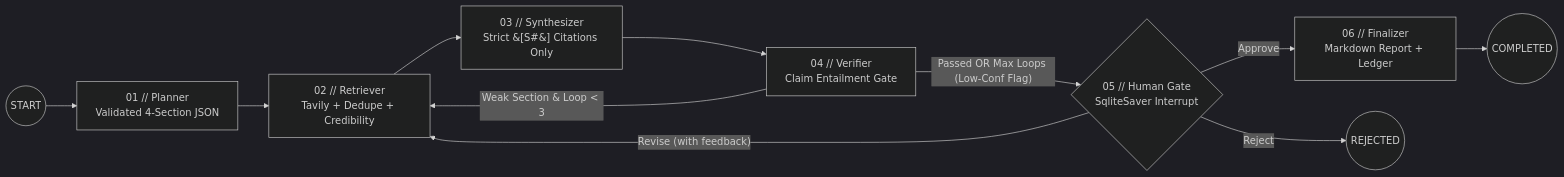
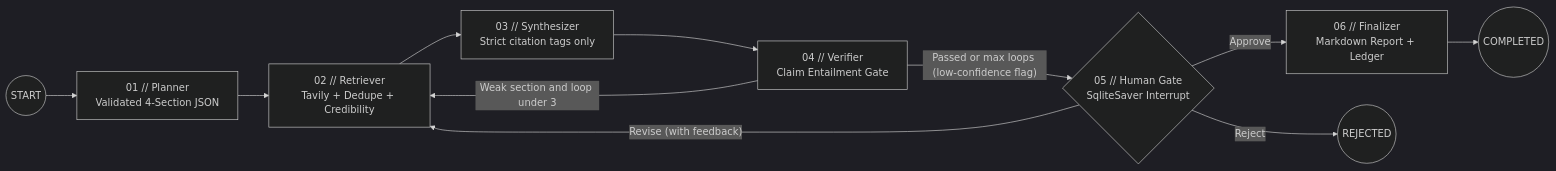
The diagram in README.md (xrcxs/nexus-agentis), drawn with Mermaid (dark theme) before and after one commit.

Commit message:
Update architecture diagram in README.md

````diff
--- a/README.md
+++ b/README.md
@@ -9,13 +9,13 @@
 ```mermaid
 flowchart LR
-    START((START)) --> P[01 // Planner<br/>Validated 4-Section JSON]
-    P --> R[02 // Retriever<br/>Tavily + Dedupe + Credibility]
-    R --> S[03 // Synthesizer<br/>Strict &#91;S#&#93; Citations Only]
-    S --> V[04 // Verifier<br/>Claim Entailment Gate]
-    V -- "Weak Section & Loop < 3" --> R
-    V -- "Passed OR Max Loops (Low-Conf Flag)" --> H{05 // Human Gate<br/>SqliteSaver Interrupt}
+    START((START)) --> P["01 // Planner<br/>Validated 4-Section JSON"]
+    P --> R["02 // Retriever<br/>Tavily + Dedupe + Credibility"]
+    R --> S["03 // Synthesizer<br/>Strict citation tags only"]
+    S --> V["04 // Verifier<br/>Claim Entailment Gate"]
+    V -- "Weak section and loop under 3" --> R
+    V -- "Passed or max loops (low-confidence flag)" --> H{"05 // Human Gate<br/>SqliteSaver Interrupt"}
     H -- "Revise (with feedback)" --> R
-    H -- "Approve" --> F[06 // Finalizer<br/>Markdown Report + Ledger]
+    H -- "Approve" --> F["06 // Finalizer<br/>Markdown Report + Ledger"]
     H -- "Reject" --> REJ((REJECTED))
     F --> DONE((COMPLETED))
 ```
````
